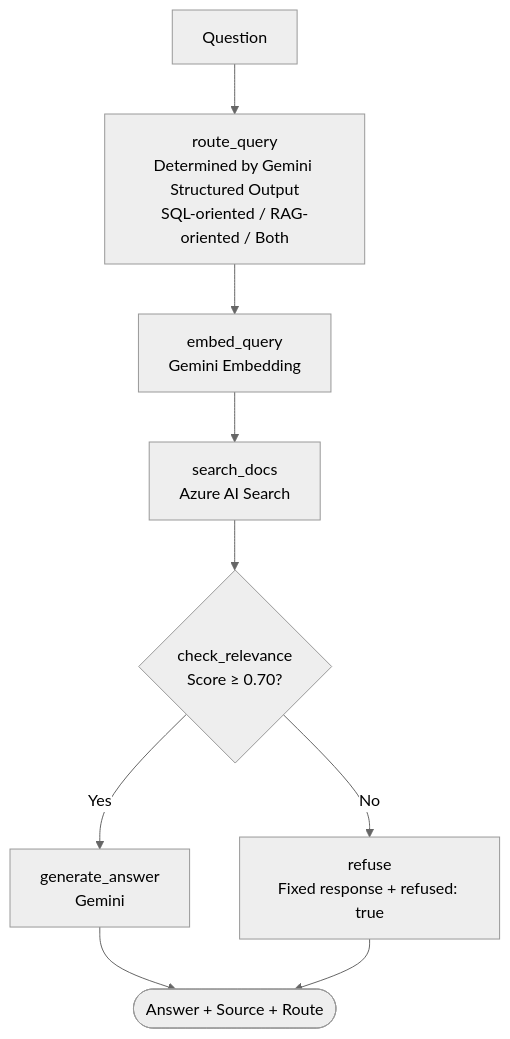
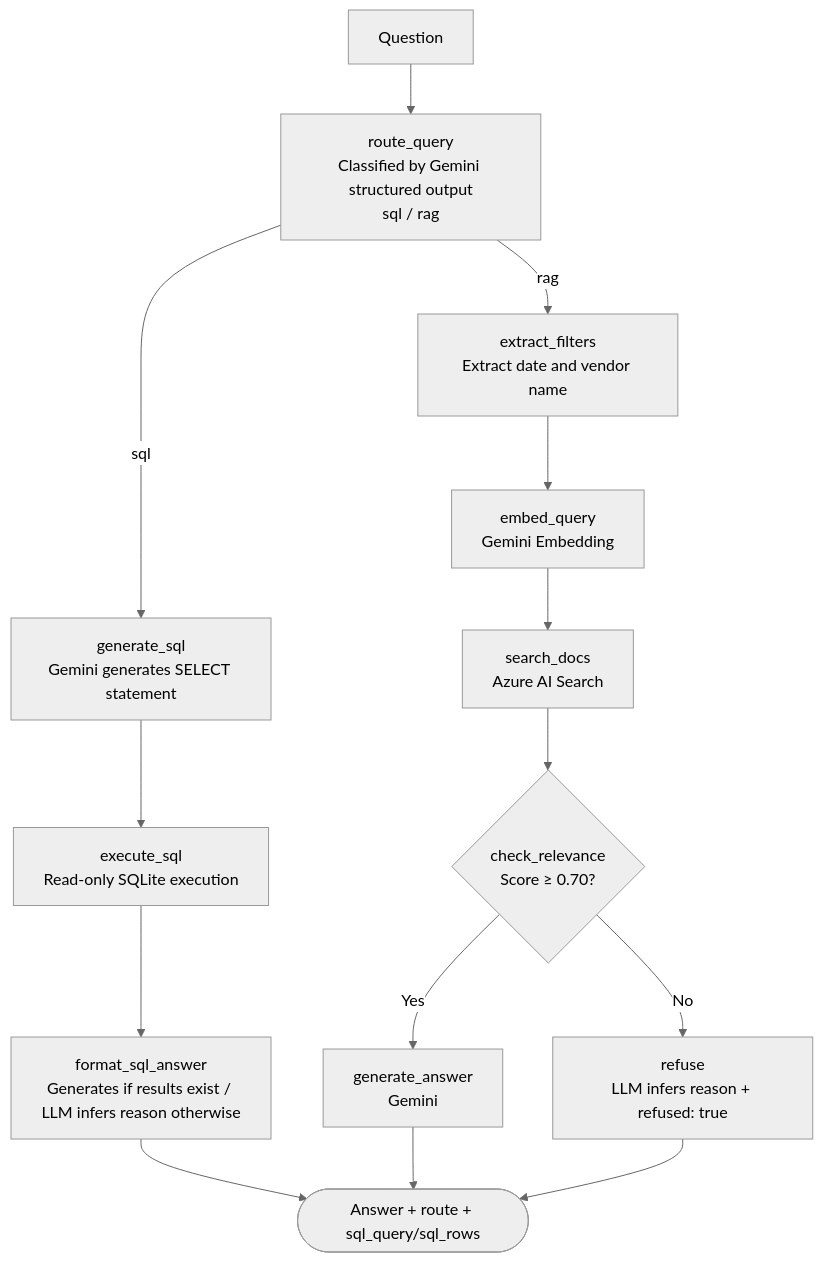
Before and after one commit to yktsnet/order-system-rag: the second of 2 diagrams in README.en.md, drawn with Mermaid (neutral theme). The commit also changed other lines of this file, not shown here.

````diff
--- a/README.en.md
+++ b/README.en.md
@@ -68,11 +62,17 @@
 ```mermaid
 flowchart TD
-    Q["Question"] --> route["route_query\nDetermined by Gemini Structured Output\nSQL-oriented / RAG-oriented / Both"]
-    route --> embed["embed_query\nGemini Embedding"]
+    Q["Question"] --> route["route_query\nClassified by Gemini structured output\nsql / rag"]
+    route -- sql --> gensql["generate_sql\nGemini generates SELECT statement"]
+    gensql --> exec["execute_sql\nRead-only SQLite execution"]
+    exec --> fmtsql["format_sql_answer\nGenerates if results exist / LLM infers reason otherwise"]
+    fmtsql --> END(["Answer + route + sql_query/sql_rows"])
+
+    route -- rag --> filt["extract_filters\nExtract date and vendor name"]
+    filt --> embed["embed_query\nGemini Embedding"]
     embed --> search["search_docs\nAzure AI Search"]
     search --> rel{"check_relevance\nScore ≥ 0.70?"}
     rel -- Yes --> gen["generate_answer\nGemini"]
-    rel -- No --> refuse["refuse\nFixed response + refused: true"]
-    gen --> END(["Answer + Source + Route"])
+    rel -- No --> refuse["refuse\nLLM infers reason + refused: true"]
+    gen --> END
     refuse --> END
 ```
````
